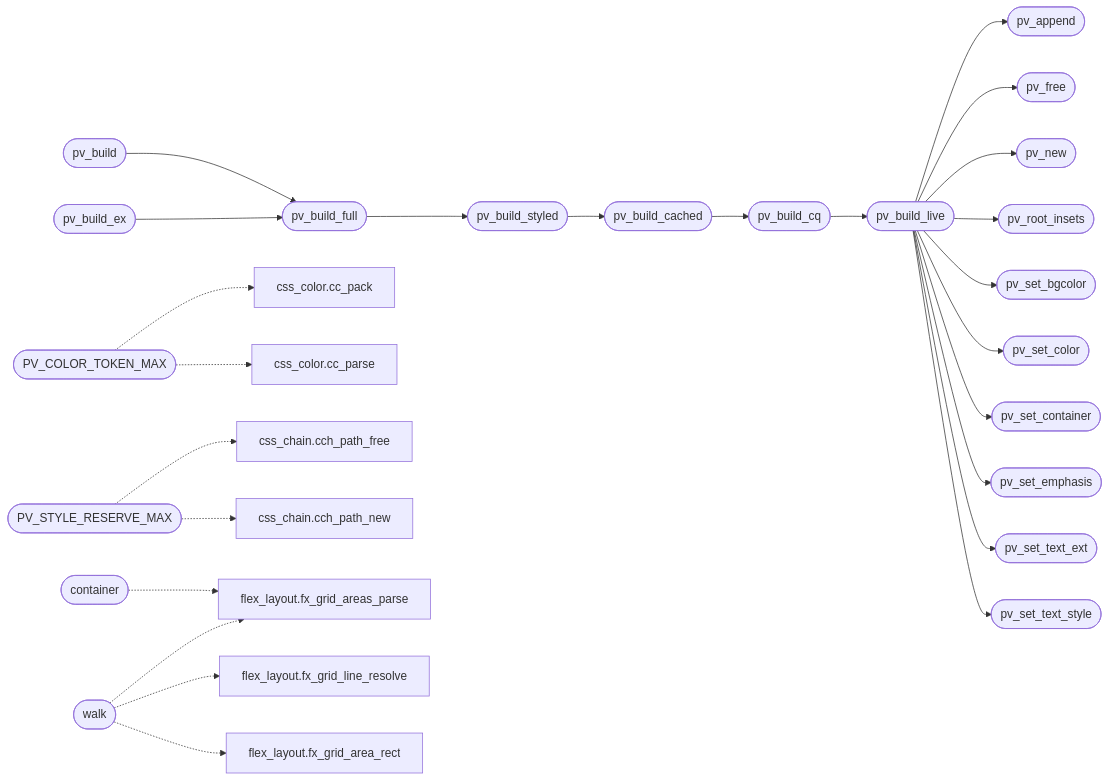
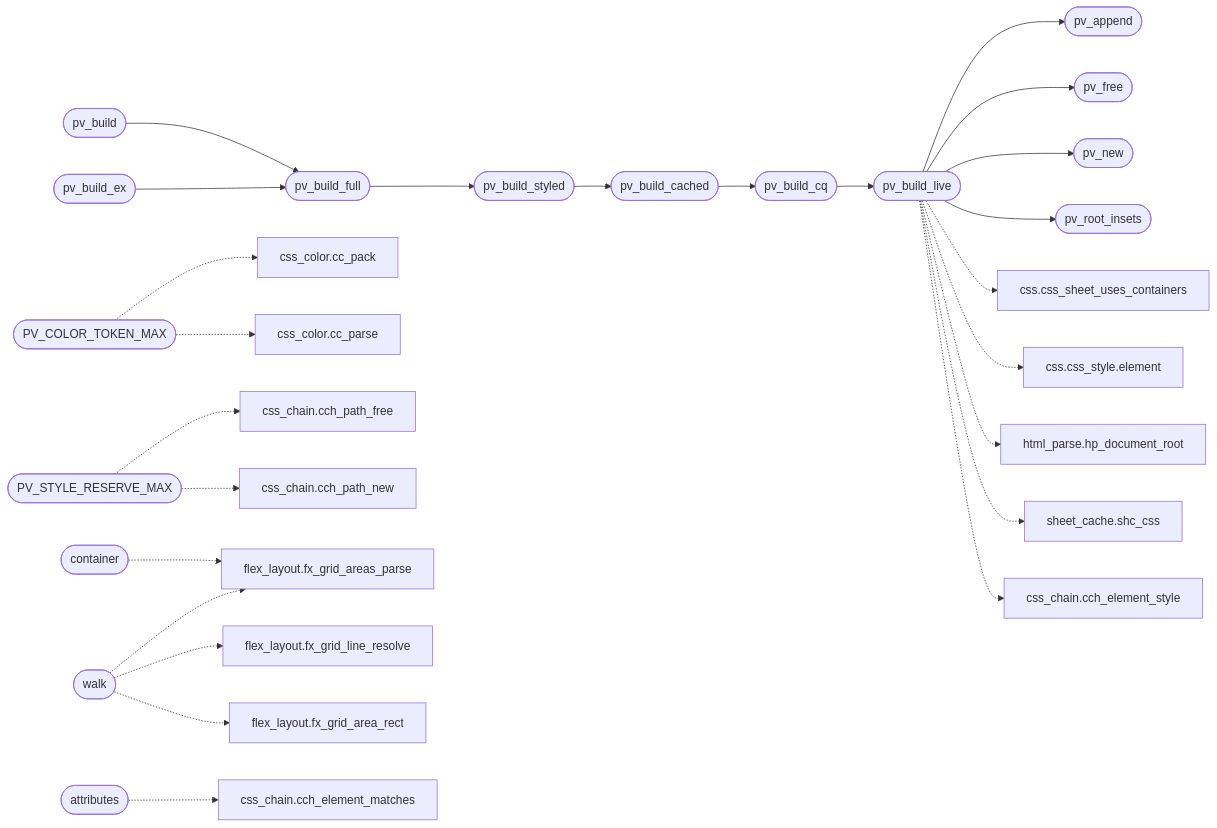
The second of 2 diagrams in readmenator-apidocs/modules/src.page_view.c.md (grisuno/FreeDom), drawn with Mermaid before and after one commit. The commit also changed other lines of this file and 156 other files, not shown here.

````diff
--- a/readmenator-apidocs/modules/src.page_view.c.md
+++ b/readmenator-apidocs/modules/src.page_view.c.md
@@ -69,55 +69,56 @@
 ```mermaid
 flowchart LR
     n_src_page_view_c__pv_build(["pv_build"])
     n_src_page_view_c__pv_build_full(["pv_build_full"])
     n_src_page_view_c__pv_build_ex(["pv_build_ex"])
     n_src_page_view_c__pv_build_styled(["pv_build_styled"])
     n_src_page_view_c__pv_build_cached(["pv_build_cached"])
     n_src_page_view_c__pv_build_cq(["pv_build_cq"])
     n_src_page_view_c__pv_build_live(["pv_build_live"])
     n_src_page_view_c__pv_append(["pv_append"])
     n_src_page_view_c__pv_free(["pv_free"])
     n_src_page_view_c__pv_new(["pv_new"])
     n_src_page_view_c__pv_root_insets(["pv_root_insets"])
-    n_src_page_view_c__pv_set_bgcolor(["pv_set_bgcolor"])
-    n_src_page_view_c__pv_set_color(["pv_set_color"])
-    n_src_page_view_c__pv_set_container(["pv_set_container"])
-    n_src_page_view_c__pv_set_emphasis(["pv_set_emphasis"])
-    n_src_page_view_c__pv_set_text_ext(["pv_set_text_ext"])
-    n_src_page_view_c__pv_set_text_style(["pv_set_text_style"])
     n_src_page_view_c__PV_COLOR_TOKEN_MAX(["PV_COLOR_TOKEN_MAX"])
     n_include_css_color_h__cc_pack["css_color.cc_pack"]
     n_src_css_color_c__cc_parse["css_color.cc_parse"]
     n_src_page_view_c__PV_STYLE_RESERVE_MAX(["PV_STYLE_RESERVE_MAX"])
     n_include_css_chain_h__cch_path_free["css_chain.cch_path_free"]
     n_include_css_chain_h__cch_path_new["css_chain.cch_path_new"]
     n_src_page_view_c__container(["container"])
     n_src_flex_layout_c__fx_grid_areas_parse["flex_layout.fx_grid_areas_parse"]
     n_src_page_view_c__walk(["walk"])
     n_include_flex_layout_h__fx_grid_line_resolve["flex_layout.fx_grid_line_resolve"]
     n_src_flex_layout_c__fx_grid_area_rect["flex_layout.fx_grid_area_rect"]
+    n_src_page_view_c__attributes(["attributes"])
+    n_include_css_chain_h__cch_element_matches["css_chain.cch_element_matches"]
+    n_include_css_h__css_sheet_uses_containers["css.css_sheet_uses_containers"]
+    n_include_css_h__css_style_element["css.css_style.element"]
+    n_include_html_parse_h__hp_document_root["html_parse.hp_document_root"]
+    n_include_sheet_cache_h__shc_css["sheet_cache.shc_css"]
+    n_src_css_chain_c__cch_element_style["css_chain.cch_element_style"]
     n_src_page_view_c__pv_build --> n_src_page_view_c__pv_build_full
     n_src_page_view_c__pv_build_ex --> n_src_page_view_c__pv_build_full
     n_src_page_view_c__pv_build_full --> n_src_page_view_c__pv_build_styled
     n_src_page_view_c__pv_build_styled --> n_src_page_view_c__pv_build_cached
     n_src_page_view_c__pv_build_cached --> n_src_page_view_c__pv_build_cq
     n_src_page_view_c__pv_build_cq --> n_src_page_view_c__pv_build_live
     n_src_page_view_c__pv_build_live --> n_src_page_view_c__pv_append
     n_src_page_view_c__pv_build_live --> n_src_page_view_c__pv_free
     n_src_page_view_c__pv_build_live --> n_src_page_view_c__pv_new
     n_src_page_view_c__pv_build_live --> n_src_page_view_c__pv_root_insets
-    n_src_page_view_c__pv_build_live --> n_src_page_view_c__pv_set_bgcolor
-    n_src_page_view_c__pv_build_live --> n_src_page_view_c__pv_set_color
-    n_src_page_view_c__pv_build_live --> n_src_page_view_c__pv_set_container
-    n_src_page_view_c__pv_build_live --> n_src_page_view_c__pv_set_emphasis
-    n_src_page_view_c__pv_build_live --> n_src_page_view_c__pv_set_text_ext
-    n_src_page_view_c__pv_build_live --> n_src_page_view_c__pv_set_text_style
     n_src_page_view_c__PV_COLOR_TOKEN_MAX -.-> n_include_css_color_h__cc_pack
     n_src_page_view_c__PV_COLOR_TOKEN_MAX -.-> n_src_css_color_c__cc_parse
     n_src_page_view_c__PV_STYLE_RESERVE_MAX -.-> n_include_css_chain_h__cch_path_free
     n_src_page_view_c__PV_STYLE_RESERVE_MAX -.-> n_include_css_chain_h__cch_path_new
     n_src_page_view_c__container -.-> n_src_flex_layout_c__fx_grid_areas_parse
     n_src_page_view_c__walk -.-> n_include_flex_layout_h__fx_grid_line_resolve
     n_src_page_view_c__walk -.-> n_src_flex_layout_c__fx_grid_area_rect
     n_src_page_view_c__walk -.-> n_src_flex_layout_c__fx_grid_areas_parse
+    n_src_page_view_c__attributes -.-> n_include_css_chain_h__cch_element_matches
+    n_src_page_view_c__pv_build_live -.-> n_include_css_h__css_sheet_uses_containers
+    n_src_page_view_c__pv_build_live -.-> n_include_css_h__css_style_element
+    n_src_page_view_c__pv_build_live -.-> n_include_html_parse_h__hp_document_root
+    n_src_page_view_c__pv_build_live -.-> n_include_sheet_cache_h__shc_css
+    n_src_page_view_c__pv_build_live -.-> n_src_css_chain_c__cch_element_style
 ```
````
